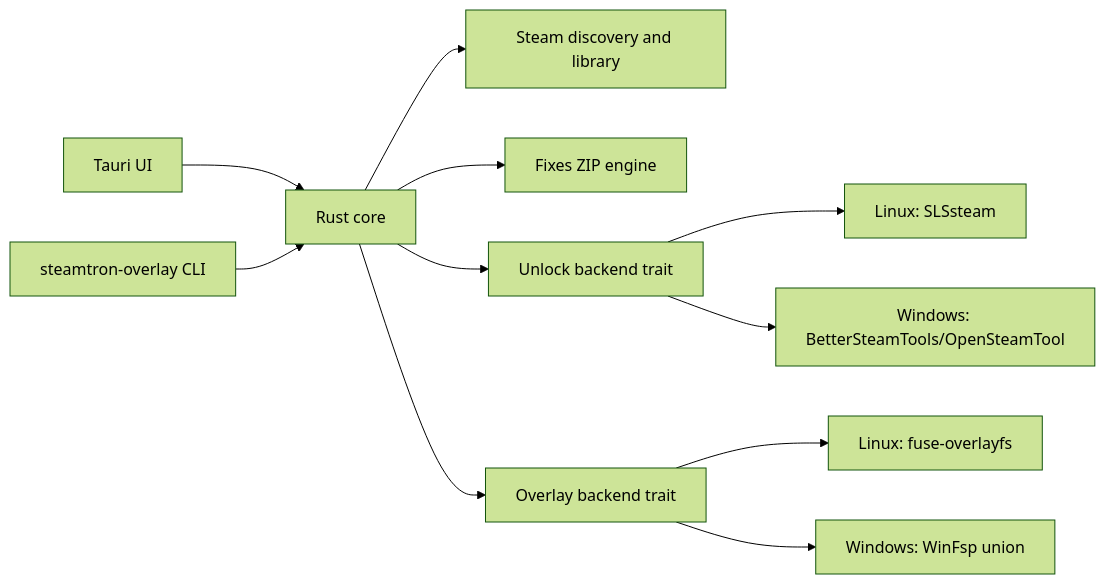
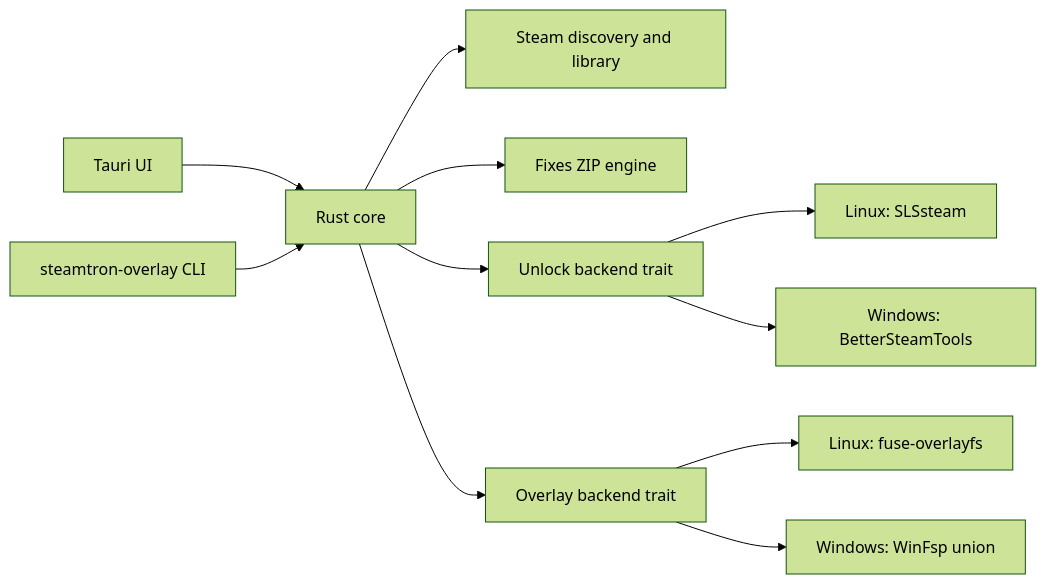
The diagram in docs/PRD.md (krunaldodiya/steamtron-desktop), drawn with Mermaid (forest theme) before and after one commit. The commit also changed other lines of this file and 7 other files, not shown here.

Commit message:
register: SLSsteam Moon and BetterSteamTools only

````diff
--- a/docs/PRD.md
+++ b/docs/PRD.md
@@ -91,13 +91,13 @@
 ```mermaid
 flowchart LR
   UI[Tauri UI] --> Core[Rust core]
   CLI[steamtron-overlay CLI] --> Core
   Core --> Steam[Steam discovery and library]
   Core --> Fixes[Fixes ZIP engine]
   Core --> Unlock[Unlock backend trait]
   Core --> Overlay[Overlay backend trait]
   Unlock --> LinuxUnlock[Linux: SLSsteam]
-  Unlock --> WinUnlock[Windows: BetterSteamTools/OpenSteamTool]
+  Unlock --> WinUnlock[Windows: BetterSteamTools]
   Overlay --> LinuxOverlay[Linux: fuse-overlayfs]
   Overlay --> WinOverlay[Windows: WinFsp union]
 ```
````
